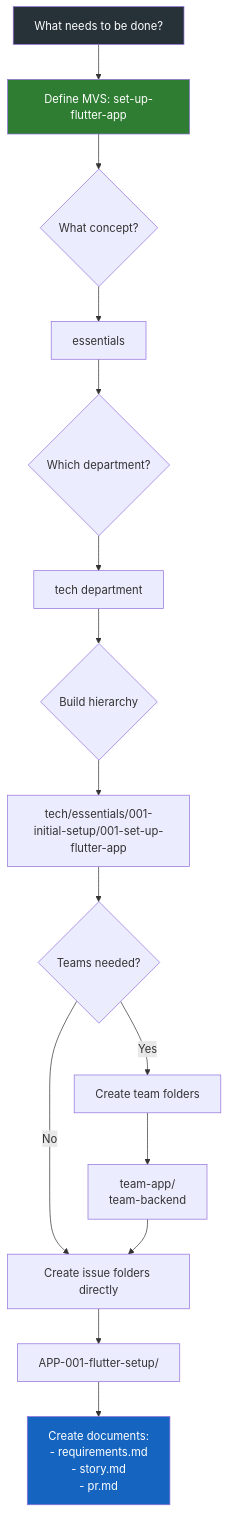
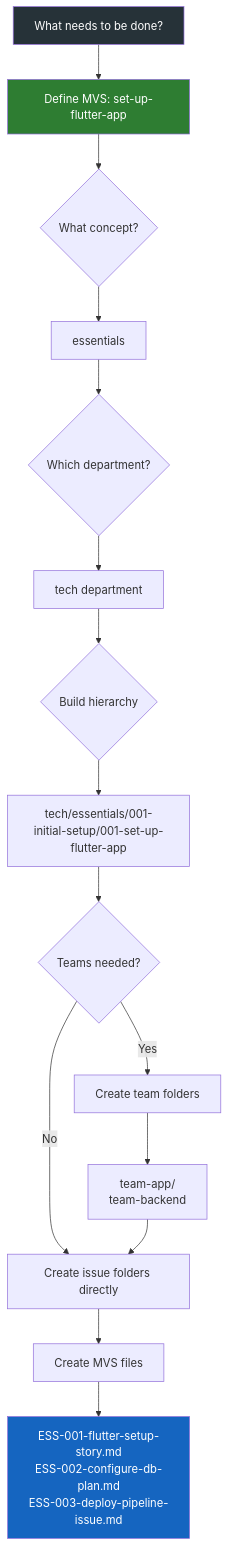
Before and after one commit to its-brianwithai/pew-pew-plx: the third of 4 diagrams in instructions/conventions/issue-creation-conventions.md, drawn with Mermaid. The commit also changed other lines of this file, not shown here.

First line of the commit message:
[PPW] Simplify issue creation naming conventions

````diff
--- a/instructions/conventions/issue-creation-conventions.md
+++ b/instructions/conventions/issue-creation-conventions.md
@@ -113,21 +107,21 @@
 ```mermaid
 flowchart TD
     A[What needs to be done?] --> B[Define MVS: set-up-flutter-app]
     B --> C{What concept?}
     C --> D[essentials]
     D --> E{Which department?}
     E --> F[tech department]
     F --> G{Build hierarchy}
     G --> H[tech/essentials/001-initial-setup/001-set-up-flutter-app]
     H --> I{Teams needed?}
     I -->|Yes| J[Create team folders]
     I -->|No| K[Create issue folders directly]
     J --> L[team-app/<br/>team-backend]
     L --> K
-    K --> M[APP-001-flutter-setup/]
-    M --> N[Create documents:<br/>- requirements.md<br/>- story.md<br/>- pr.md]
+    K --> M[Create MVS files]
+    M --> N[ESS-001-flutter-setup-story.md<br/>ESS-002-configure-db-plan.md<br/>ESS-003-deploy-pipeline-issue.md]
     
     style A fill:#263238,color:#fff
     style B fill:#2e7d32,color:#fff
     style N fill:#1565c0,color:#fff
 ```
````
